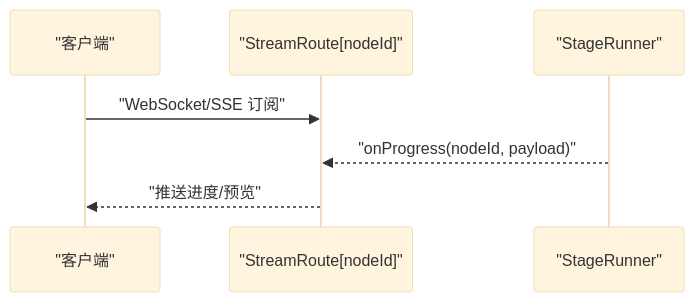
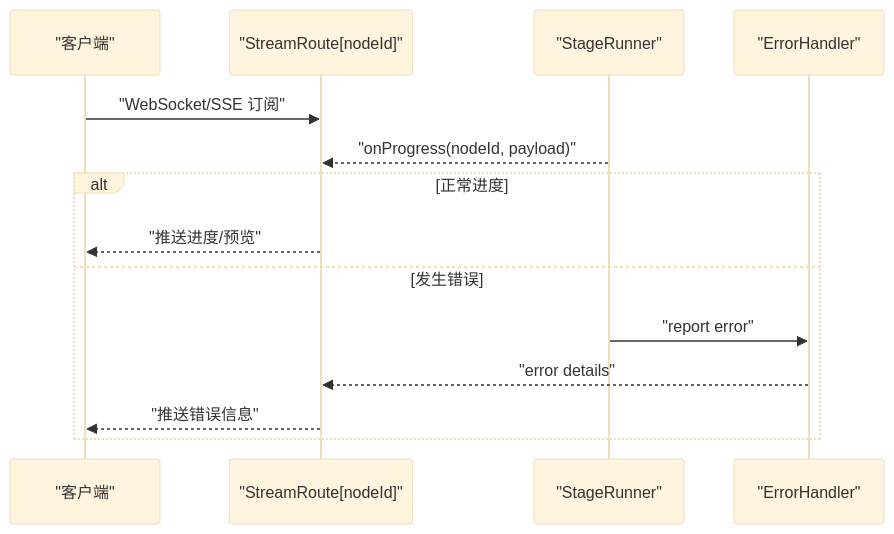
One commit to scottcwy/PurpleInk changed the ninth of 15 diagrams in .qoder/repowiki/zh/content/画布编辑器/画布编辑器.md. Above: the diagram before and after it, drawn with Mermaid (base theme). The commit also changed other lines of this file and 109 other files, not shown here.

````diff
--- a/.qoder/repowiki/zh/content/画布编辑器/画布编辑器.md
+++ b/.qoder/repowiki/zh/content/画布编辑器/画布编辑器.md
@@ -392,9 +517,16 @@
 ```mermaid
 sequenceDiagram
 participant Client as "客户端"
 participant Stream as "StreamRoute[nodeId]"
 participant Runner as "StageRunner"
+participant ErrorHandler as "ErrorHandler"
 Client->>Stream : "WebSocket/SSE 订阅"
 Runner-->>Stream : "onProgress(nodeId, payload)"
+alt 正常进度
 Stream-->>Client : "推送进度/预览"
+else 发生错误
+Runner->>ErrorHandler : "report error"
+ErrorHandler-->>Stream : "error details"
+Stream-->>Client : "推送错误信息"
+end
 ```
````
